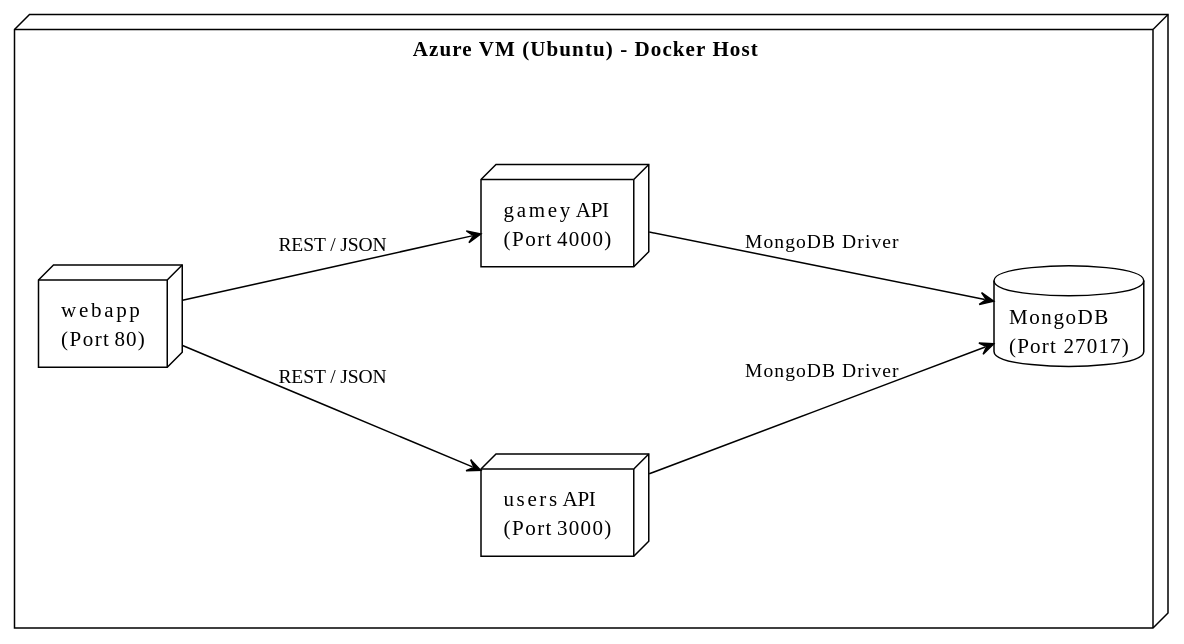
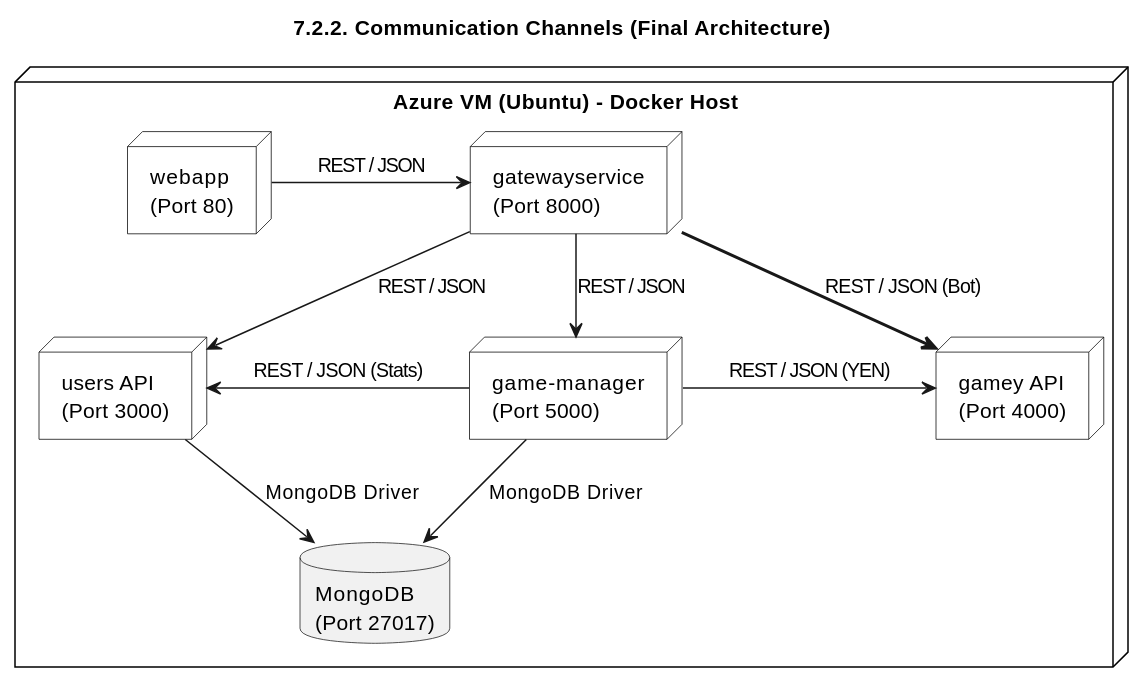
The second of 2 diagrams in docs/src/07_deployment_view.adoc (Arquisoft/yovi_en3a), drawn with PlantUML before and after one commit. The commit also changed other lines of this file, not shown here.

Commit message:
Section07: Deployment Infrastructure modified

```diff
--- a/docs/src/07_deployment_view.adoc
+++ b/docs/src/07_deployment_view.adoc
@@ -70,25 +72,57 @@
 [plantuml, target="deployment-lv2-azure", format="png"]
 ----
 @startuml
-!theme plain
+' --- CONFIGURACIÓN ESTILO AZURE LIMPIO ---
+skinparam backgroundColor white
+skinparam roundcorner 0
 skinparam shadowing false
-left to right direction
+skinparam componentStyle uml2
+skinparam DefaultFontName "Arial"
+skinparam nodesep 60
+skinparam ranksep 50
 
-skinparam nodesep 125
-skinparam ranksep 125
+skinparam node {
+    BackgroundColor white
+    BorderColor black
+}
 
-node "Azure VM (Ubuntu) - Docker Host\n\n\n" as azure {
+title 7.2.2. Communication Channels (Final Architecture)
 
+' Estiramos el contenedor usando un alias y espaciado
+node "Azure VM (Ubuntu) - Docker Host" as Host {
+
+    ' Fila 1: Entrada y Gestión
     node "webapp\n(Port 80)" as webapp
+    node "gatewayservice\n(Port 8000)" as gateway
+    
+    ' Fila 2: Lógica
     node "users API\n(Port 3000)" as users
+    node "game-manager\n(Port 5000)" as manager
+    
+    ' Fila 3: Motor y Datos
     node "gamey API\n(Port 4000)" as gamey
-    database "MongoDB\n(Port 27017)" as mongo
+    database "MongoDB\n(Port 27017)" as mongodb
+}
 
-    webapp --> users : REST / JSON
-    webapp --> gamey : REST / JSON
-    users --> mongo : MongoDB Driver
-    gamey --> mongo : MongoDB Driver
-}
+' --- FLUJO DE COMUNICACIÓN ---
+
+' Flujo principal de entrada
+webapp -right-> gateway : REST / JSON
+
+' Distribución desde el Gateway
+gateway -down-> users : REST / JSON
+gateway -down-> manager : REST / JSON
+
+' Comunicación directa con motor
+gateway -[bold]-> gamey : REST / JSON (Bot)
+
+' Orquestación interna
+manager -right-> gamey : REST / JSON (YEN)
+manager -left-> users : REST / JSON (Stats)
+
+' Persistencia
+users -down-> mongodb : MongoDB Driver
+manager -down-> mongodb : MongoDB Driver
 
 @enduml
 ----
```
